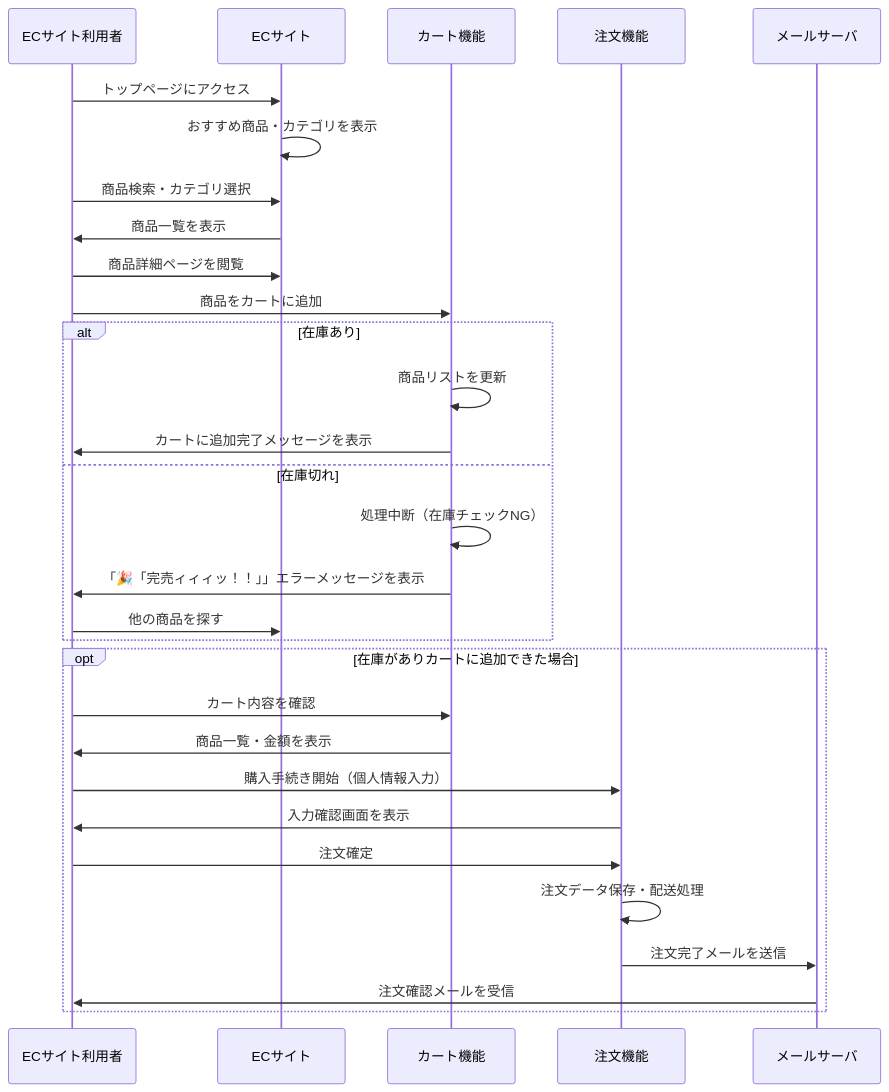
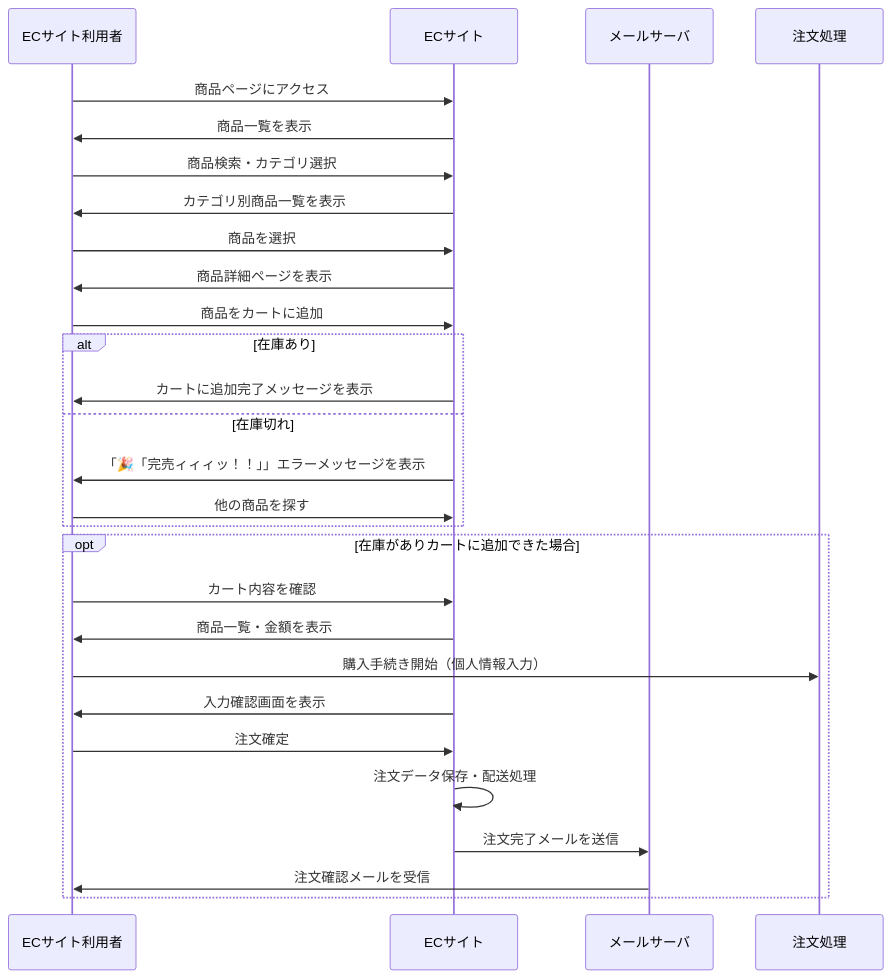
Before and after one commit to YUKlT0/Equipe: the second of 3 diagrams in 基本設計/B.md, drawn with Mermaid. The commit also changed other lines of this file, not shown here.

```diff
--- a/基本設計/B.md
+++ b/基本設計/B.md
@@ -98,40 +95,37 @@
 <div class="mermaid">
 sequenceDiagram
 participant ユーザー as ECサイト利用者
 participant サイト as ECサイト
-participant カート as カート機能
-participant 注文処理 as 注文機能
 participant メール as メールサーバ
 
-ユーザー ->> サイト: トップページにアクセス
-サイト ->> サイト: おすすめ商品・カテゴリを表示
+ユーザー ->> サイト: 商品ページにアクセス
+サイト ->> ユーザー: 商品一覧を表示
 
 ユーザー ->> サイト: 商品検索・カテゴリ選択
-サイト ->> ユーザー: 商品一覧を表示
+サイト ->> ユーザー: カテゴリ別商品一覧を表示
 
-ユーザー ->> サイト: 商品詳細ページを閲覧
-ユーザー ->> カート: 商品をカートに追加
+ユーザー ->> サイト: 商品を選択
+サイト ->> ユーザー: 商品詳細ページを表示
+ユーザー ->> サイト: 商品をカートに追加
 
 alt 在庫あり
-カート ->> カート: 商品リストを更新
-カート ->> ユーザー: カートに追加完了メッセージを表示
+サイト ->> ユーザー: カートに追加完了メッセージを表示
 else 在庫切れ
-カート ->> カート: 処理中断（在庫チェックNG）
-カート ->> ユーザー: 「🎉「完売ィィィッ！！」」エラーメッセージを表示
+サイト ->> ユーザー: 「🎉「完売ィィィッ！！」」エラーメッセージを表示
 ユーザー ->> サイト: 他の商品を探す
 
 end
 
 opt 在庫がありカートに追加できた場合
-ユーザー ->> カート: カート内容を確認
-カート ->> ユーザー: 商品一覧・金額を表示
+ユーザー ->> サイト: カート内容を確認
+サイト ->> ユーザー: 商品一覧・金額を表示
 
 ユーザー ->> 注文処理: 購入手続き開始（個人情報入力）
-注文処理 ->> ユーザー: 入力確認画面を表示
+サイト ->> ユーザー: 入力確認画面を表示
 
-ユーザー ->> 注文処理: 注文確定
-注文処理 ->> 注文処理: 注文データ保存・配送処理
-注文処理 ->> メール: 注文完了メールを送信
+ユーザー ->> サイト: 注文確定
+サイト ->> サイト: 注文データ保存・配送処理
+サイト ->> メール: 注文完了メールを送信
 メール ->> ユーザー: 注文確認メールを受信
 end
 </div>
```
